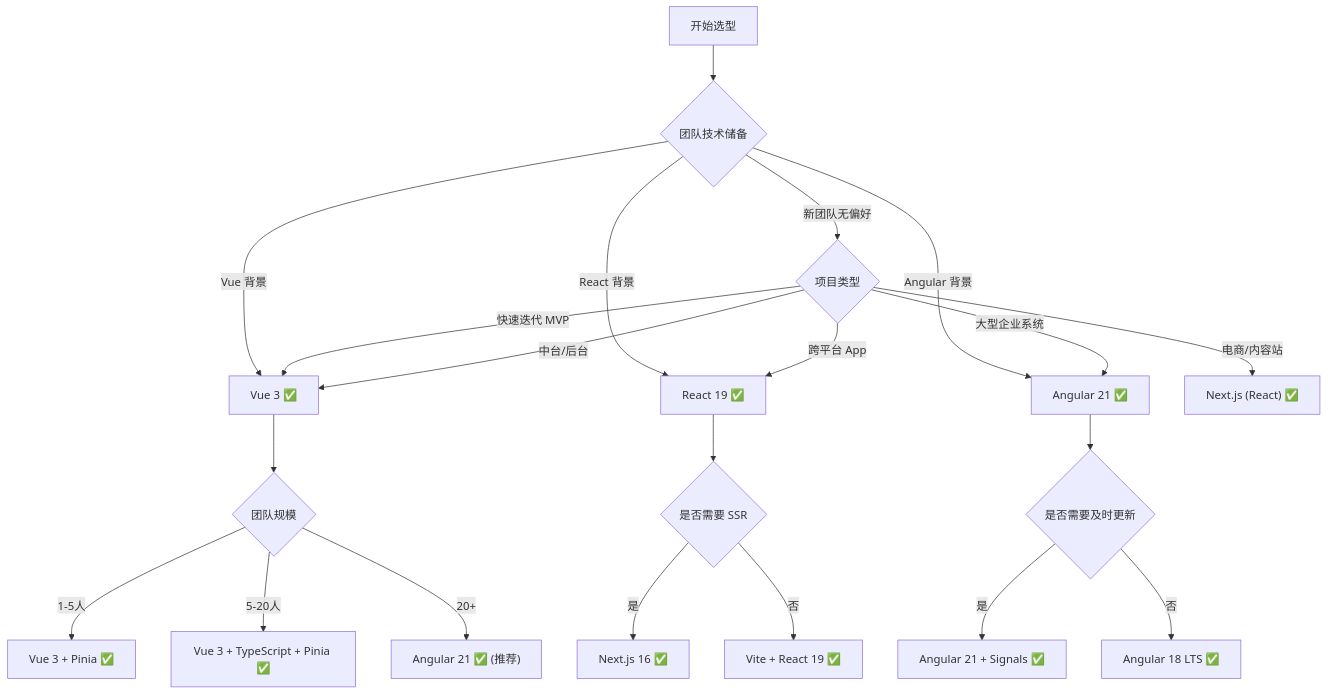
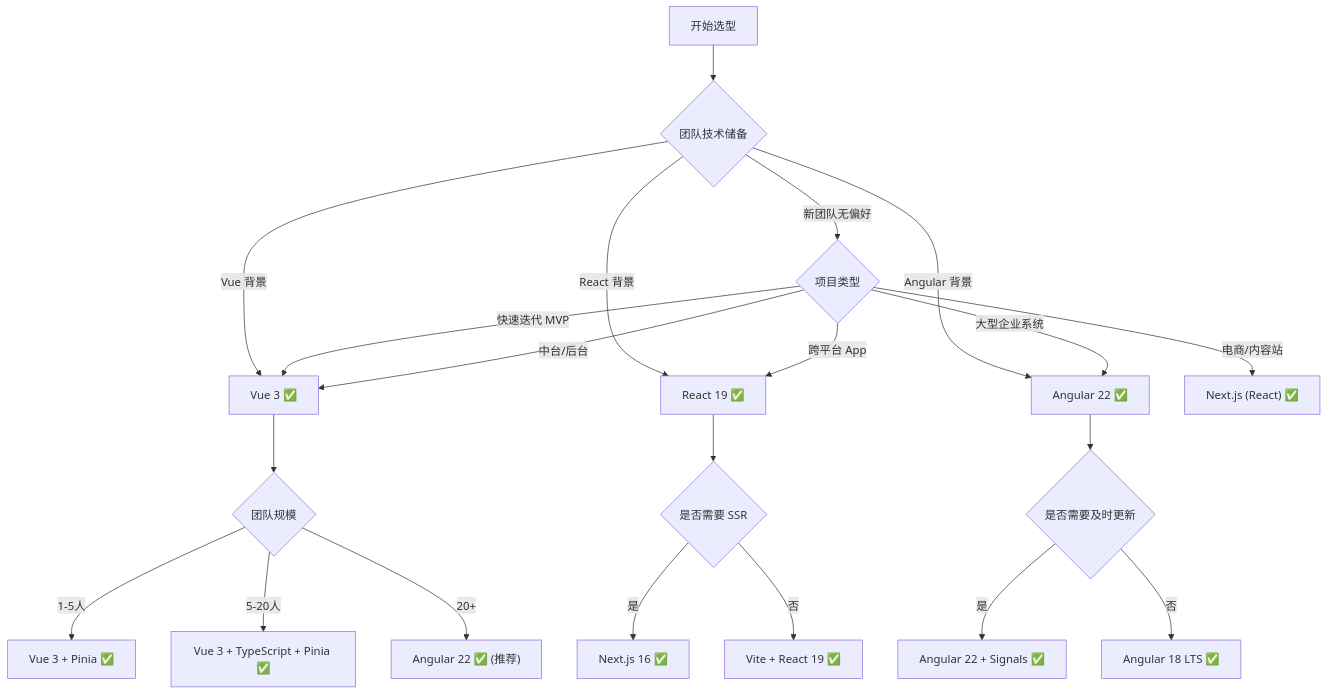
One commit to KMaybe01/common changed the third of 11 diagrams in S2-框架深入/框架对比/04-性能与选型.md. Above: the diagram before and after it, drawn with Mermaid. The commit also changed other lines of this file and 23 other files, not shown here.

````diff
--- a/S2-框架深入/框架对比/04-性能与选型.md
+++ b/S2-框架深入/框架对比/04-性能与选型.md
@@ -218,27 +218,27 @@
 ```mermaid
 graph TD
     A["开始选型"] --> B{"团队技术储备"}
     B -->|"Vue 背景"| C["Vue 3 ✅"]
     B -->|"React 背景"| D["React 19 ✅"]
-    B -->|"Angular 背景"| E["Angular 21 ✅"]
+    B -->|"Angular 背景"| E["Angular 22 ✅"]
     B -->|"新团队无偏好"| F{"项目类型"}
 
     F -->|"快速迭代 MVP"| C
     F -->|"大型企业系统"| E
     F -->|"跨平台 App"| D
     F -->|"电商/内容站"| G["Next.js (React) ✅"]
     F -->|"中台/后台"| C
 
     C --> H{"团队规模"}
     H -->|"1-5人"| I["Vue 3 + Pinia ✅"]
     H -->|"5-20人"| J["Vue 3 + TypeScript + Pinia ✅"]
-    H -->|"20+"| K["Angular 21 ✅ (推荐)"]
+    H -->|"20+"| K["Angular 22 ✅ (推荐)"]
 
     D --> L{"是否需要 SSR"}
     L -->|"是"| M["Next.js 16 ✅"]
     L -->|"否"| N["Vite + React 19 ✅"]
 
     E --> O{"是否需要及时更新"}
-    O -->|"是"| P["Angular 21 + Signals ✅"]
+    O -->|"是"| P["Angular 22 + Signals ✅"]
     O -->|"否"| Q["Angular 18 LTS ✅"]
 ```
````
